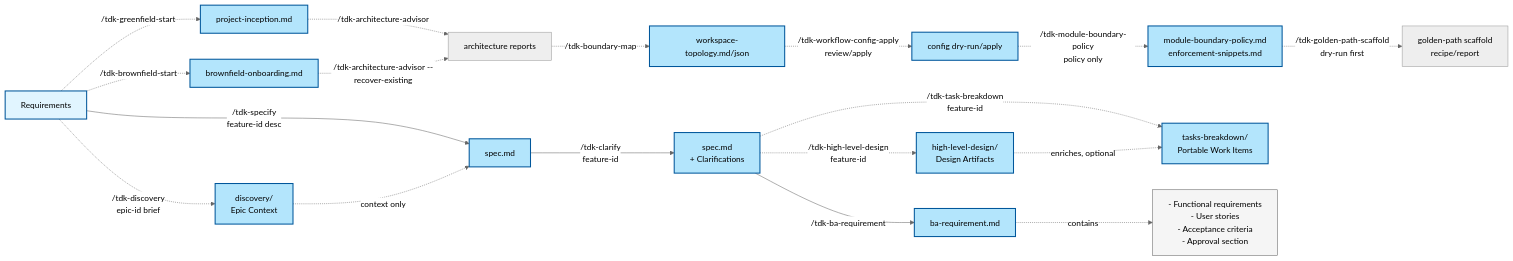
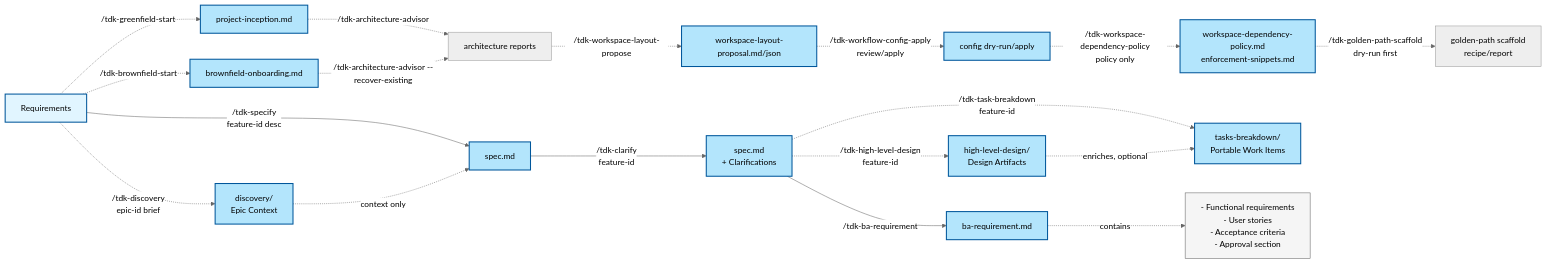
The second of 8 diagrams in .specify/docs/en/guides/document-flow.md (vinhltt/tdk), drawn with Mermaid (neutral theme) before and after one commit. The commit also changed other lines of this file and 132 other files, not shown here.

````diff
--- a/.specify/docs/en/guides/document-flow.md
+++ b/.specify/docs/en/guides/document-flow.md
@@ -96,44 +96,44 @@
 ```mermaid
 flowchart LR
     REQ[Requirements]
     GREENFIELD_INCEPTION[project-inception.md]
     BROWNFIELD_ONBOARDING[brownfield-onboarding.md]
     ARCHITECTURE_REPORTS[architecture reports]
-    TOPOLOGY[workspace-topology.md/json]
+    TOPOLOGY[workspace-layout-proposal.md/json]
     CONFIG_PATCH[config dry-run/apply]
-    POLICY[module-boundary-policy.md<br/>enforcement-snippets.md]
+    POLICY[workspace-dependency-policy.md<br/>enforcement-snippets.md]
     GOLDEN_PATH[golden-path scaffold<br/>recipe/report]
     DISCOVERY[discovery/<br/>Epic Context]
     SPEC[spec.md]
     SPEC_CLAR[spec.md<br/>+ Clarifications]
     HLD[high-level-design/<br/>Design Artifacts]
     TASKS[tasks-breakdown/<br/>Portable Work Items]
     BA_REQ[ba-requirement.md]
 
     REQ -.->|"/tdk-greenfield-start"| GREENFIELD_INCEPTION
     REQ -.->|"/tdk-brownfield-start"| BROWNFIELD_ONBOARDING
     GREENFIELD_INCEPTION -.->|"/tdk-architecture-advisor"| ARCHITECTURE_REPORTS
     BROWNFIELD_ONBOARDING -.->|"/tdk-architecture-advisor --recover-existing"| ARCHITECTURE_REPORTS
-    ARCHITECTURE_REPORTS -.->|"/tdk-boundary-map"| TOPOLOGY
+    ARCHITECTURE_REPORTS -.->|"/tdk-workspace-layout-propose"| TOPOLOGY
     TOPOLOGY -.->|"/tdk-workflow-config-apply<br/>review/apply"| CONFIG_PATCH
-    CONFIG_PATCH -.->|"/tdk-module-boundary-policy<br/>policy only"| POLICY
+    CONFIG_PATCH -.->|"/tdk-workspace-dependency-policy<br/>policy only"| POLICY
     POLICY -.->|"/tdk-golden-path-scaffold<br/>dry-run first"| GOLDEN_PATH
     REQ -.->|"/tdk-discovery<br/>epic-id brief"| DISCOVERY
     REQ -->|"/tdk-specify<br/>feature-id desc"| SPEC
     DISCOVERY -.->|"context only"| SPEC
     SPEC -->|"/tdk-clarify<br/>feature-id"| SPEC_CLAR
     SPEC_CLAR -.->|"/tdk-high-level-design<br/>feature-id"| HLD
     SPEC_CLAR -.->|"/tdk-task-breakdown<br/>feature-id"| TASKS
     HLD -.->|"enriches, optional"| TASKS
     SPEC_CLAR -->|"/tdk-ba-requirement"| BA_REQ
 
     BA_REQ -.->|contains| CONTENT["- Functional requirements<br/>- User stories<br/>- Acceptance criteria<br/>- Approval section"]
 
     classDef input fill:#e1f5ff,stroke:#01579b,stroke-width:2px
     classDef output fill:#b3e5fc,stroke:#01579b,stroke-width:2px
     classDef note fill:#f5f5f5,stroke:#616161,stroke-width:1px
 
     class REQ input
     class GREENFIELD_INCEPTION,BROWNFIELD_ONBOARDING,TOPOLOGY,CONFIG_PATCH,POLICY,DISCOVERY,SPEC,SPEC_CLAR,HLD,TASKS,BA_REQ output
     class CONTENT note
 ```
````
